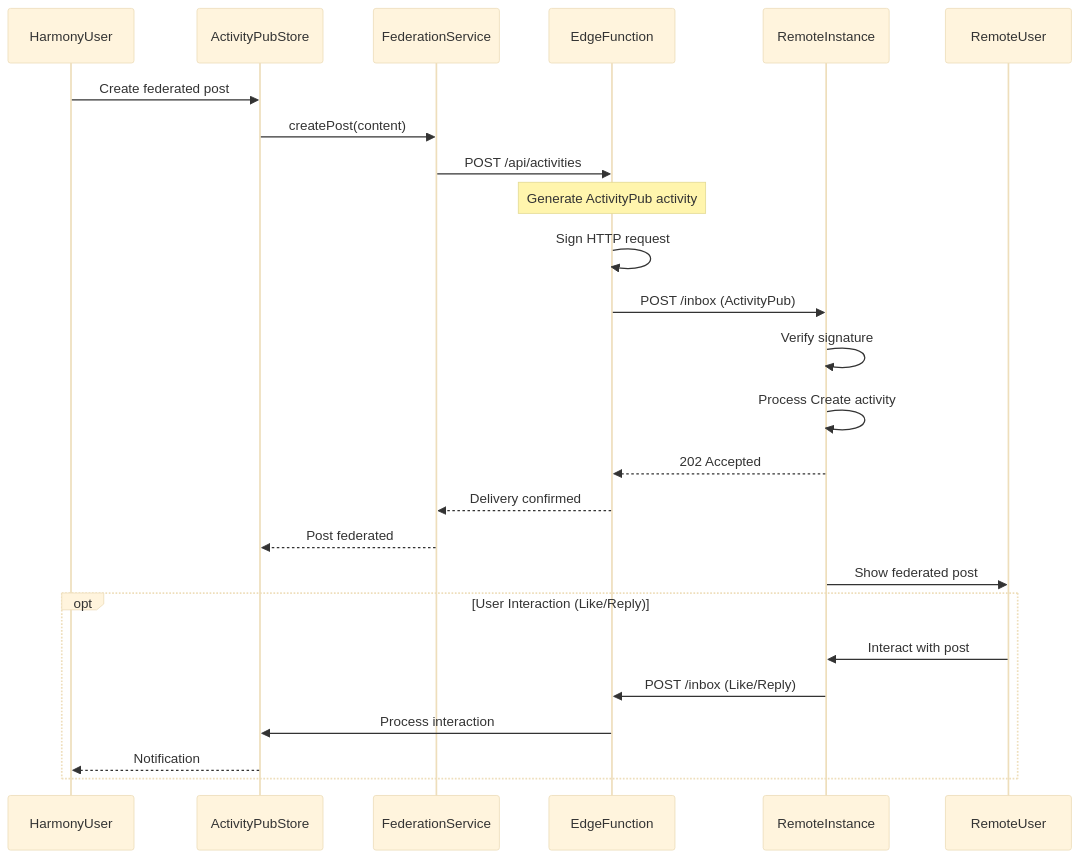
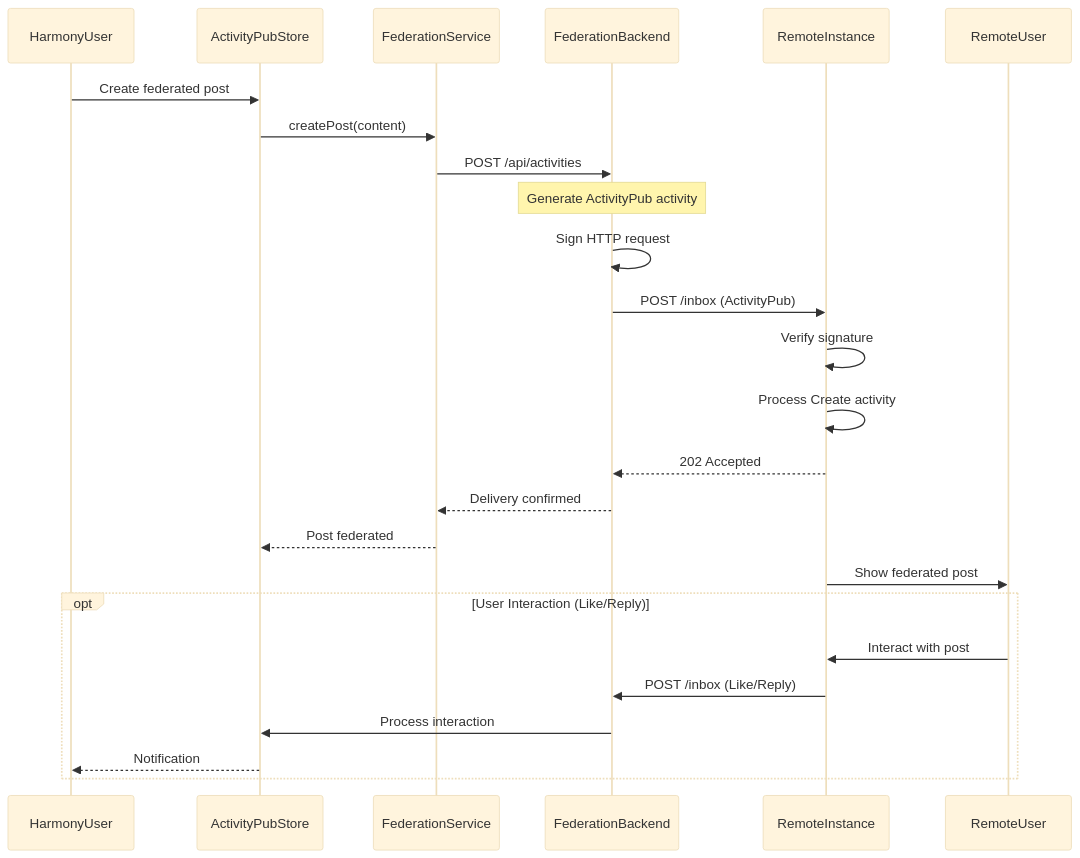
Before and after one commit to y4my4my4m/harmony: the fourth of 21 diagrams in docs/SYSTEM_FLOWS.md, drawn with Mermaid (base theme). The commit also changed other lines of this file and 22 other files, not shown here.

First line of the commit message:
docs: refresh guides, roadmap and changelog

````diff
--- a/docs/SYSTEM_FLOWS.md
+++ b/docs/SYSTEM_FLOWS.md
@@ -113,34 +117,34 @@
 ```mermaid
 sequenceDiagram
     participant HarmonyUser
     participant ActivityPubStore
     participant FederationService
-    participant EdgeFunction
+    participant FederationBackend
     participant RemoteInstance
     participant RemoteUser
 
     HarmonyUser->>ActivityPubStore: Create federated post
     ActivityPubStore->>FederationService: createPost(content)
-    FederationService->>EdgeFunction: POST /api/activities
+    FederationService->>FederationBackend: POST /api/activities
     
-    Note over EdgeFunction: Generate ActivityPub activity
+    Note over FederationBackend: Generate ActivityPub activity
     
-    EdgeFunction->>EdgeFunction: Sign HTTP request
-    EdgeFunction->>RemoteInstance: POST /inbox (ActivityPub)
+    FederationBackend->>FederationBackend: Sign HTTP request
+    FederationBackend->>RemoteInstance: POST /inbox (ActivityPub)
     
     RemoteInstance->>RemoteInstance: Verify signature
     RemoteInstance->>RemoteInstance: Process Create activity
-    RemoteInstance-->>EdgeFunction: 202 Accepted
+    RemoteInstance-->>FederationBackend: 202 Accepted
     
-    EdgeFunction-->>FederationService: Delivery confirmed
+    FederationBackend-->>FederationService: Delivery confirmed
     FederationService-->>ActivityPubStore: Post federated
     
     RemoteInstance->>RemoteUser: Show federated post
     
     opt User Interaction (Like/Reply)
         RemoteUser->>RemoteInstance: Interact with post
-        RemoteInstance->>EdgeFunction: POST /inbox (Like/Reply)
-        EdgeFunction->>ActivityPubStore: Process interaction
+        RemoteInstance->>FederationBackend: POST /inbox (Like/Reply)
+        FederationBackend->>ActivityPubStore: Process interaction
         ActivityPubStore-->>HarmonyUser: Notification
     end
 ```
````
